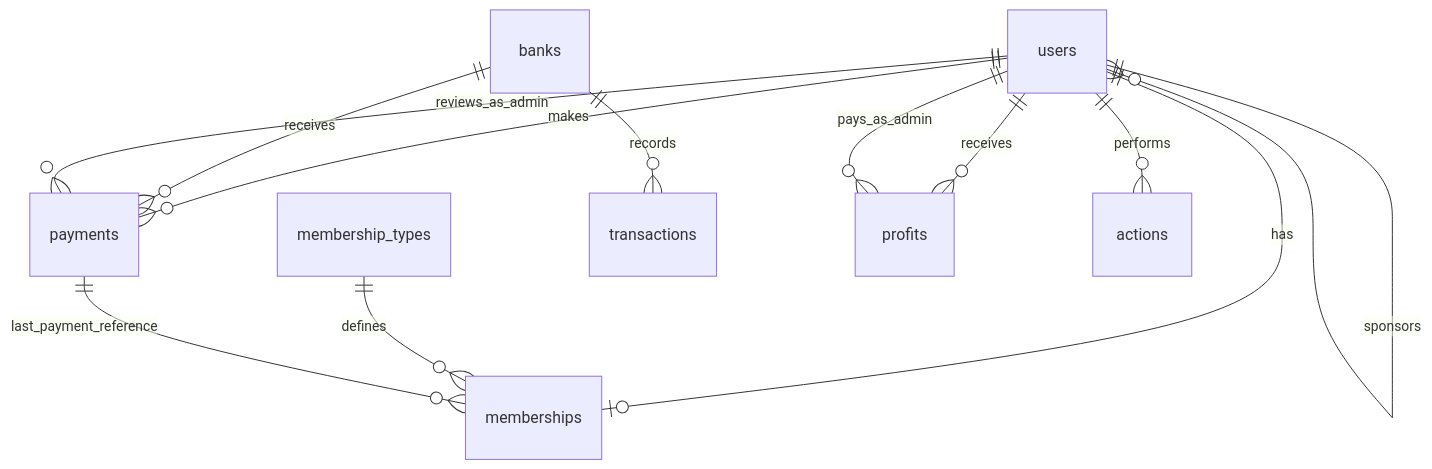
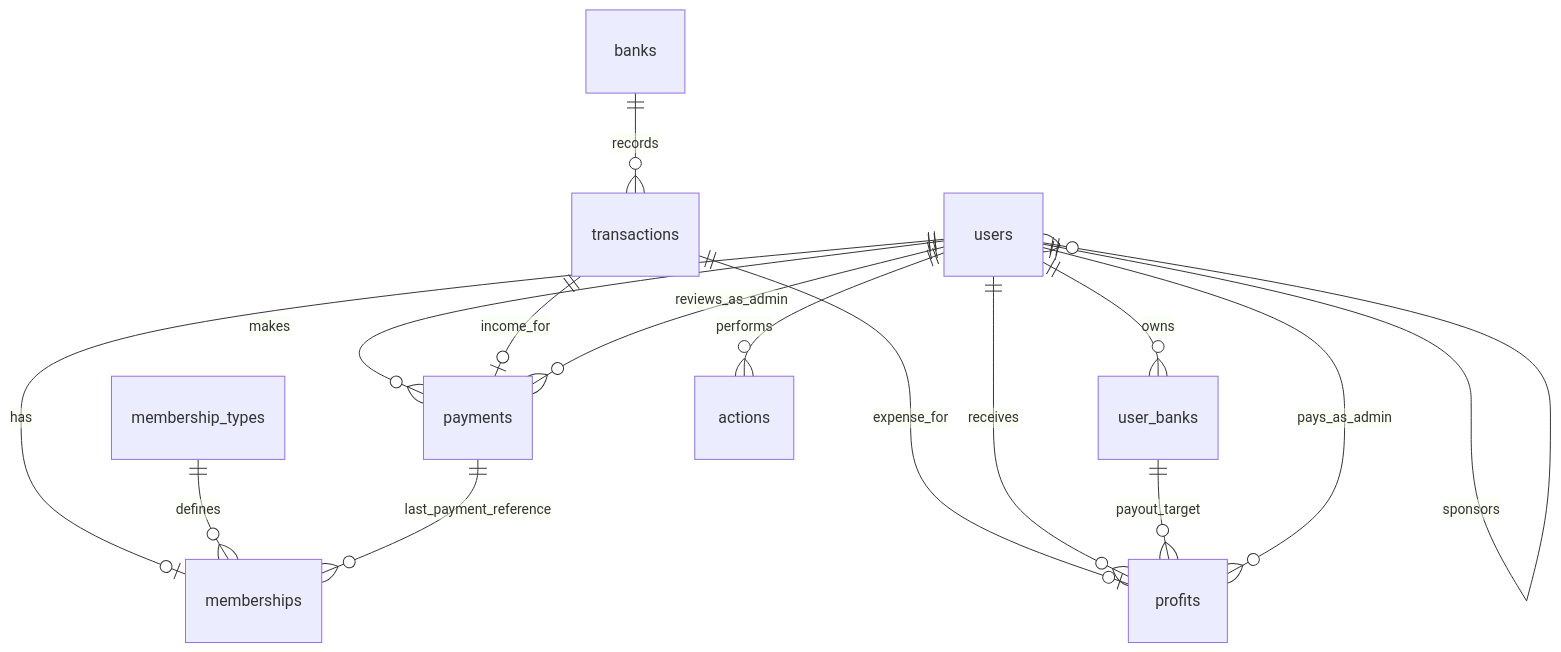
The diagram in docs/requisitos.md (Pablin712/Afiliados), drawn with Mermaid before and after one commit. The commit also changed other lines of this file and 3 other files, not shown here.

````diff
--- a/docs/requisitos.md
+++ b/docs/requisitos.md
@@ -238,14 +270,17 @@
 ```mermaid
 erDiagram
 		users ||--o| memberships : has
 		membership_types ||--o{ memberships : defines
 		users ||--o{ users : sponsors
 		users ||--o{ payments : makes
-		banks ||--o{ payments : receives
+		users ||--o{ user_banks : owns
 		banks ||--o{ transactions : records
+		transactions ||--o| payments : income_for
+		transactions ||--o| profits : expense_for
 		users ||--o{ profits : receives
+		user_banks ||--o{ profits : payout_target
 		users ||--o{ actions : performs
 		payments ||--o{ memberships : last_payment_reference
 		users ||--o{ payments : reviews_as_admin
 		users ||--o{ profits : pays_as_admin
 ```
````
